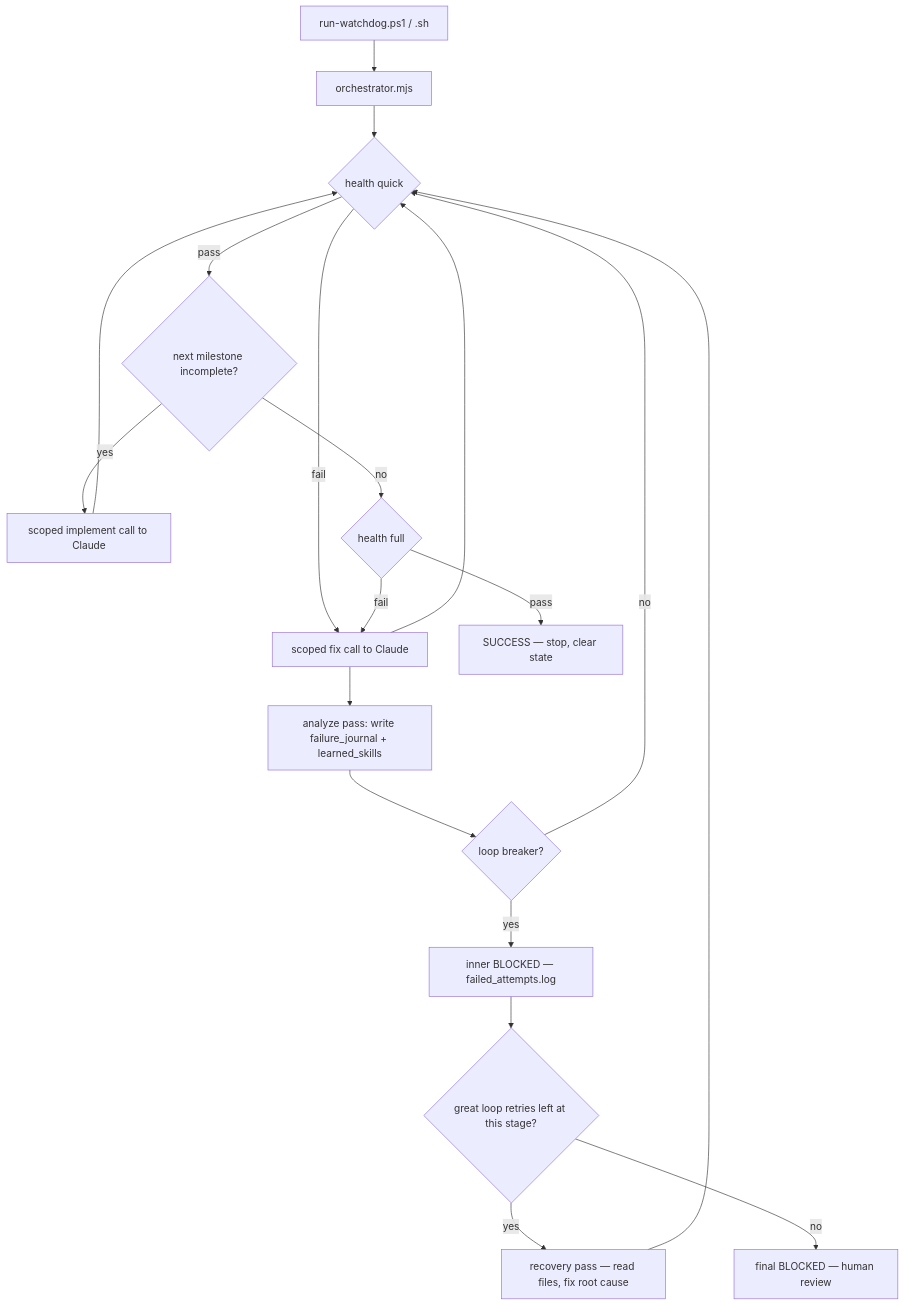
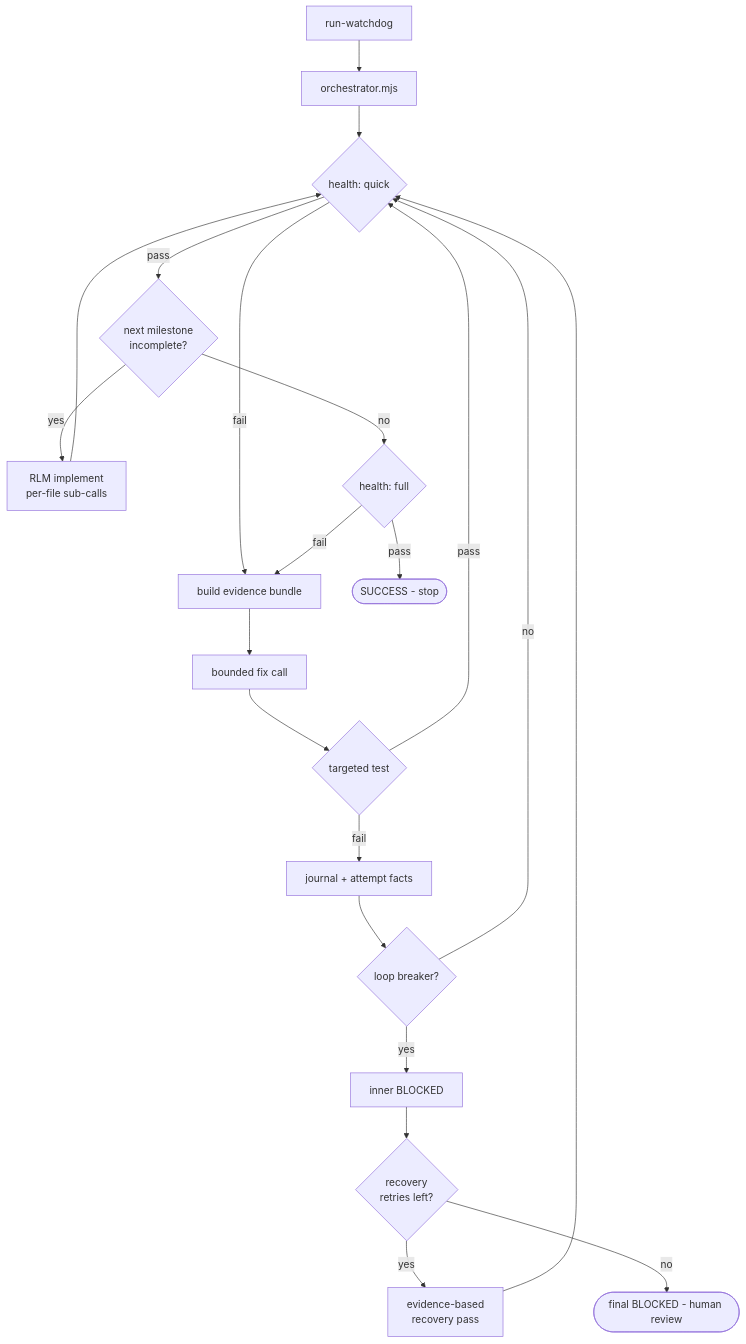
The second of 3 diagrams in README.md (ekoshv/C3L), drawn with Mermaid before and after one commit. The commit also changed other lines of this file and 53 other files, not shown here.

````diff
--- a/README.md
+++ b/README.md
@@ -26,21 +68,25 @@
 ```mermaid
 flowchart TD
-  A[run-watchdog.ps1 / .sh] --> B[orchestrator.mjs]
-  B --> C{health quick}
-  C -->|fail| D[scoped fix call to Claude]
-  D --> C
-  C -->|pass| E{next milestone incomplete?}
-  E -->|yes| F[scoped implement call to Claude]
-  F --> C
-  E -->|no| G{health full}
-  G -->|pass| H[SUCCESS — stop, clear state]
-  G -->|fail| D
-  D --> N[analyze pass: write failure_journal + learned_skills]
-  N --> I{loop breaker?}
-  I -->|no| C
-  I -->|yes| J[inner BLOCKED — failed_attempts.log]
-  J --> K{great loop retries left at this stage?}
-  K -->|yes| L[recovery pass — read files, fix root cause]
-  L --> C
-  K -->|no| M[final BLOCKED — human review]
+    A[run-watchdog] --> B[orchestrator.mjs]
+    B --> C{"health: quick"}
+    C -->|pass| M{"next milestone<br/>incomplete?"}
+    C -->|fail| D[build evidence bundle]
+
+    M -->|yes| N["RLM implement<br/>per-file sub-calls"]
+    N --> C
+    M -->|no| O{"health: full"}
+    O -->|pass| P([SUCCESS - stop])
+    O -->|fail| D
+
+    D --> E[bounded fix call]
+    E --> F{targeted test}
+    F -->|pass| C
+    F -->|fail| G[journal + attempt facts]
+    G --> H{loop breaker?}
+    H -->|no| C
+    H -->|yes| I[inner BLOCKED]
+    I --> J{"recovery<br/>retries left?"}
+    J -->|yes| K["evidence-based<br/>recovery pass"]
+    K --> C
+    J -->|no| L([final BLOCKED - human review])
 ```
````
